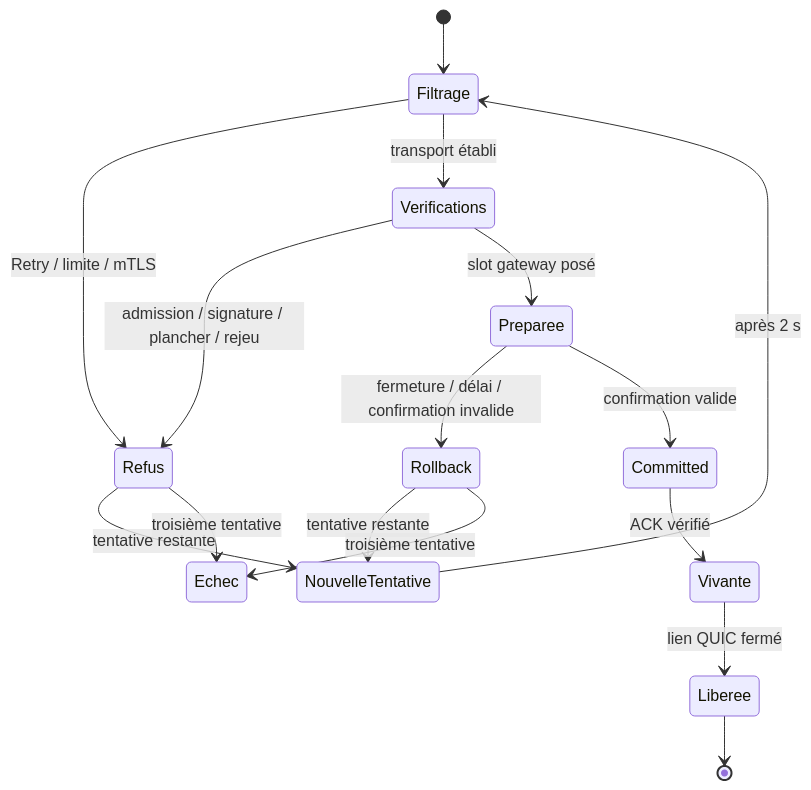
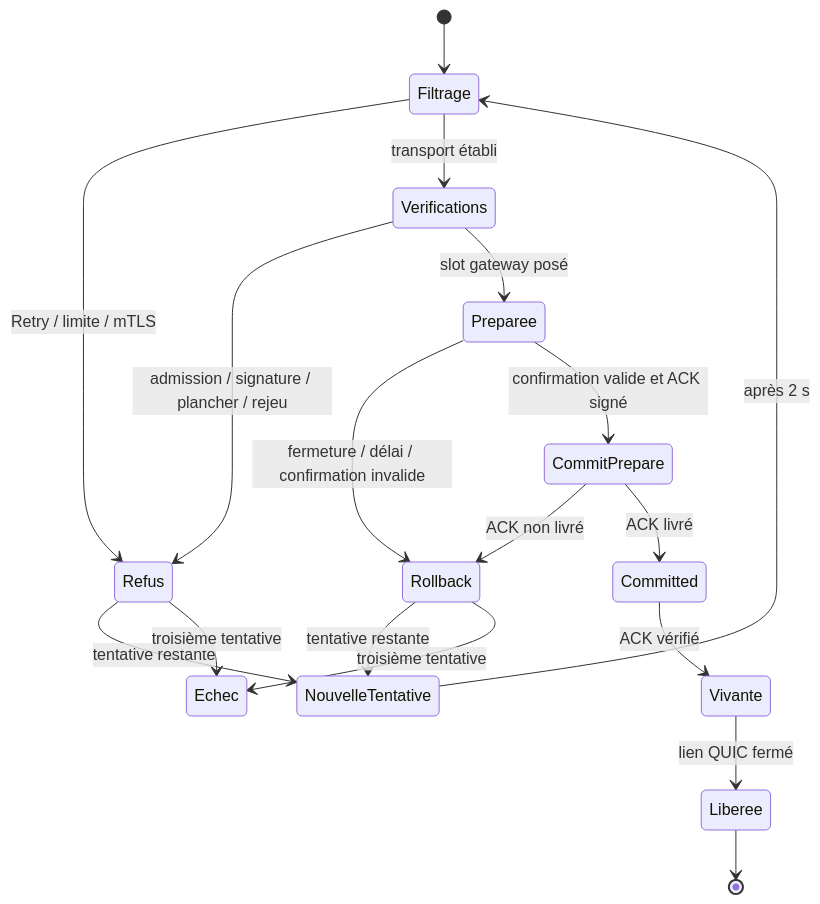
The third of 4 diagrams in docs/adr/ADR-005-NEGOCIATION-DE-CLE.md (atxme/helios), drawn with Mermaid before and after one commit. The commit also changed other lines of this file and 67 other files, not shown here.

````diff
--- a/docs/adr/ADR-005-NEGOCIATION-DE-CLE.md
+++ b/docs/adr/ADR-005-NEGOCIATION-DE-CLE.md
@@ -376,18 +385,20 @@
 ```mermaid
 stateDiagram-v2
     [*] --> Filtrage
     Filtrage --> Refus: Retry / limite / mTLS
     Filtrage --> Verifications: transport établi
     Verifications --> Refus: admission / signature / plancher / rejeu
     Verifications --> Preparee: slot gateway posé
     Preparee --> Rollback: fermeture / délai / confirmation invalide
-    Preparee --> Committed: confirmation valide
+    Preparee --> CommitPrepare: confirmation valide et ACK signé
+    CommitPrepare --> Rollback: ACK non livré
+    CommitPrepare --> Committed: ACK livré
     Rollback --> NouvelleTentative: tentative restante
     Refus --> NouvelleTentative: tentative restante
     NouvelleTentative --> Filtrage: après 2 s
     Committed --> Vivante: ACK vérifié
     Vivante --> Liberee: lien QUIC fermé
     Liberee --> [*]
     Refus --> Echec: troisième tentative
     Rollback --> Echec: troisième tentative
 ```
````
